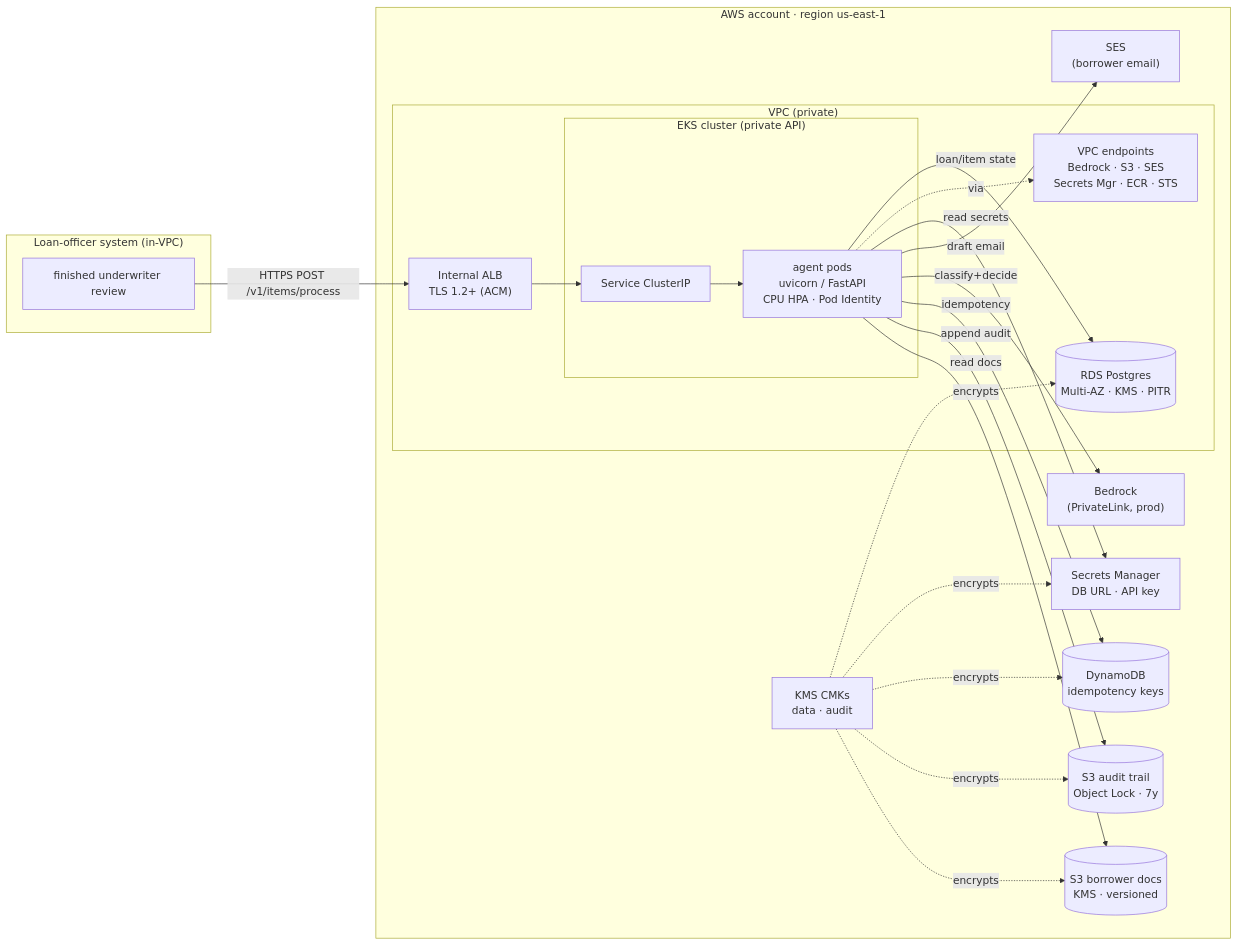
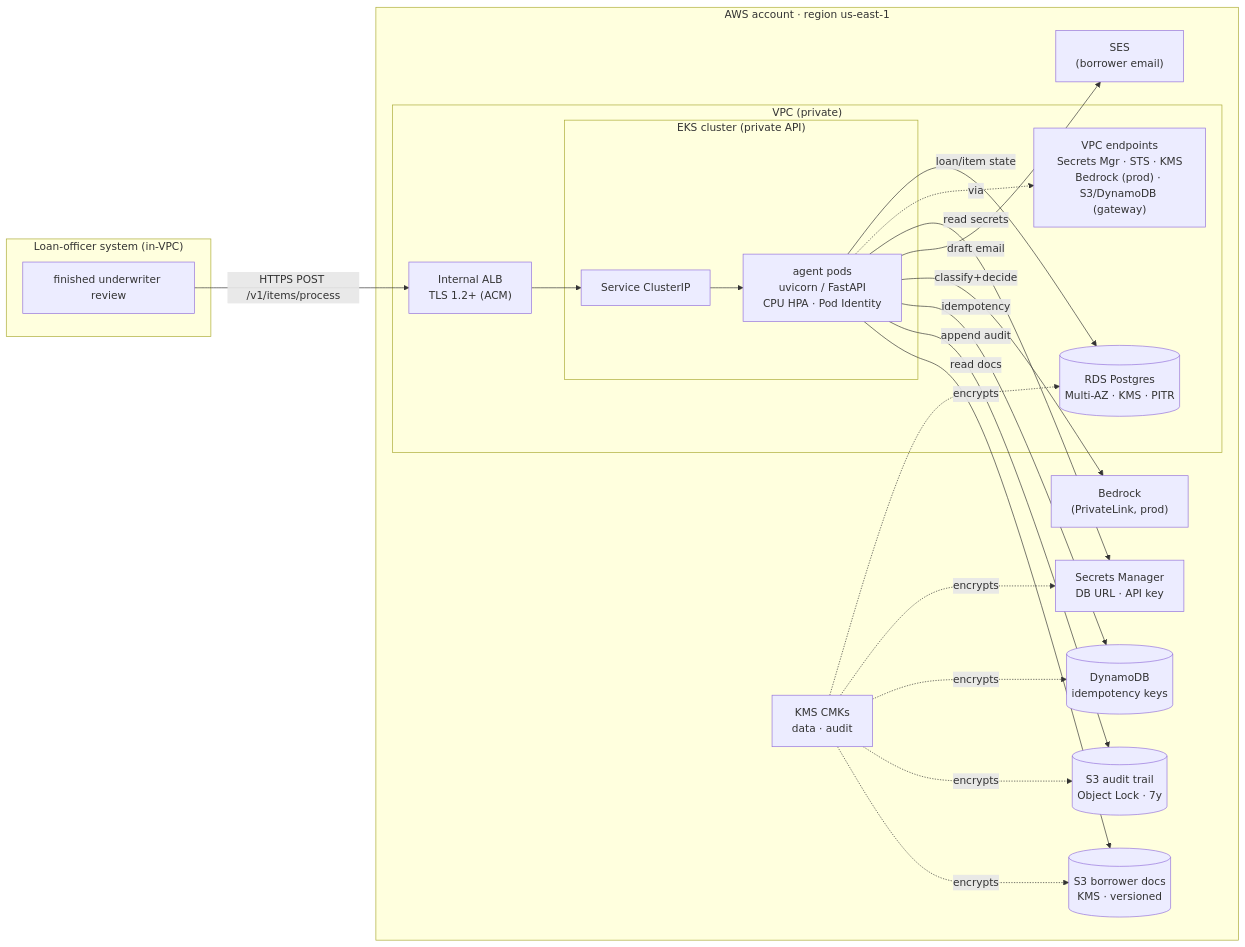
One commit to vigneshvinfra/saaf changed the first of 2 diagrams in docs/architecture.md. Above: the diagram before and after it, drawn with Mermaid. The commit also changed other lines of this file and 55 other files, not shown here.

````diff
--- a/docs/architecture.md
+++ b/docs/architecture.md
@@ -5,38 +5,38 @@
 ```mermaid
 flowchart LR
   subgraph caller["Loan-officer system (in-VPC)"]
     U[finished underwriter review]
   end
 
   subgraph aws["AWS account · region us-east-1"]
     subgraph vpc["VPC (private)"]
       ALB["Internal ALB\nTLS 1.2+ (ACM)"]
       subgraph eks["EKS cluster (private API)"]
         SVC[Service ClusterIP]
         POD["agent pods\nuvicorn / FastAPI\nCPU HPA · Pod Identity"]
         SVC --> POD
       end
       RDS[("RDS Postgres\nMulti-AZ · KMS · PITR")]
-      VPCE["VPC endpoints\nBedrock · S3 · SES\nSecrets Mgr · ECR · STS"]
+      VPCE["VPC endpoints\nSecrets Mgr · STS · KMS\nBedrock (prod) · S3/DynamoDB (gateway)"]
     end
 
     S3D[("S3 borrower docs\nKMS · versioned")]
     S3A[("S3 audit trail\nObject Lock · 7y")]
     DDB[("DynamoDB\nidempotency keys")]
     BR["Bedrock\n(PrivateLink, prod)"]
     SES["SES\n(borrower email)"]
     SM["Secrets Manager\nDB URL · API key"]
     KMS["KMS CMKs\ndata · audit"]
   end
 
   U -- "HTTPS POST /v1/items/process" --> ALB --> SVC
   POD -- read docs --> S3D
   POD -- append audit --> S3A
   POD -- idempotency --> DDB
   POD -- classify+decide --> BR
   POD -- draft email --> SES
   POD -- read secrets --> SM
   POD -. via .-> VPCE
   POD -- loan/item state --> RDS
   KMS -. encrypts .-> RDS & S3D & S3A & DDB & SM
 ```
````
